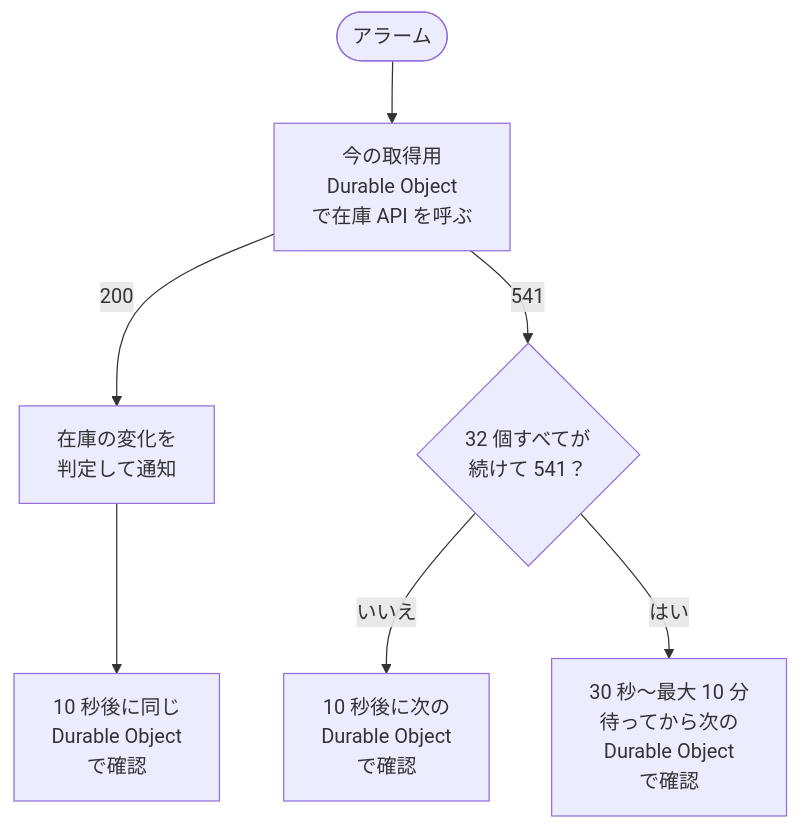
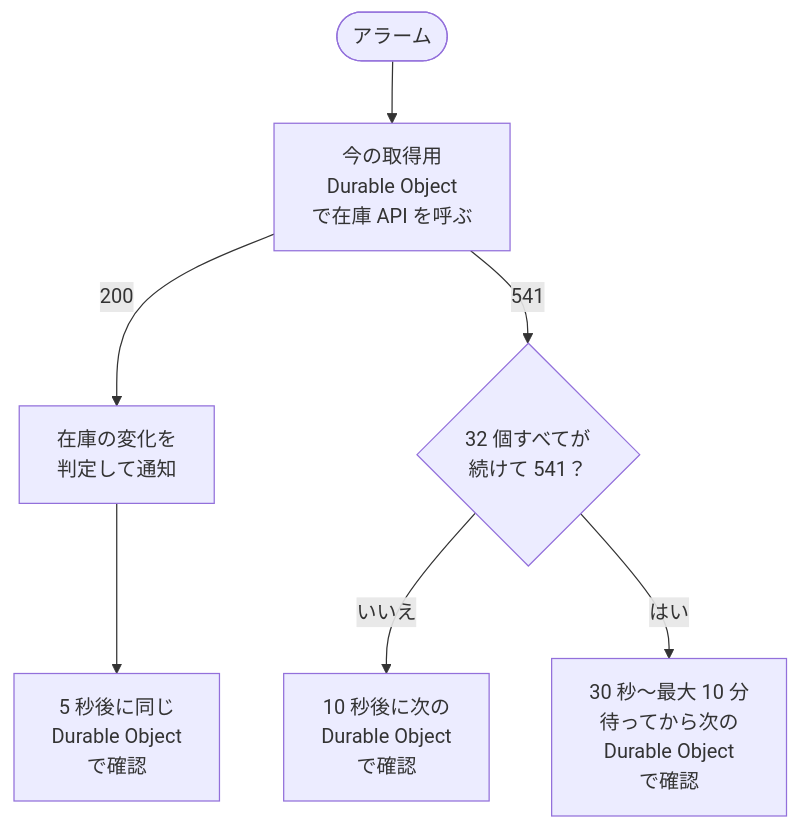
Before and after one commit to toyoshin5/duo-checker: the second of 3 diagrams in README.md, drawn with Mermaid. The commit also changed other lines of this file and 3 other files, not shown here.

````diff
--- a/README.md
+++ b/README.md
@@ -29,9 +29,9 @@
 ```mermaid
 flowchart TD
     start(["アラーム"]) --> ask["今の取得用<br/>Durable Object<br/>で在庫 API を呼ぶ"]
     ask -- "200" --> ok["在庫の変化を<br/>判定して通知"]
-    ok --> normal["10 秒後に同じ<br/>Durable Object<br/>で確認"]
+    ok --> normal["5 秒後に同じ<br/>Durable Object<br/>で確認"]
     ask -- "541" --> lap{"32 個すべてが<br/>続けて 541？"}
     lap -- "いいえ" --> fast["10 秒後に次の<br/>Durable Object<br/>で確認"]
     lap -- "はい" --> wait["30 秒〜最大 10 分<br/>待ってから次の<br/>Durable Object<br/>で確認"]
 ```
````
